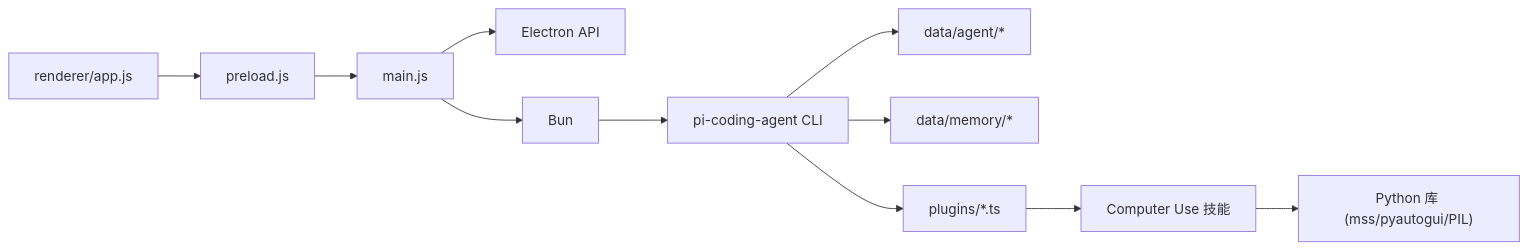
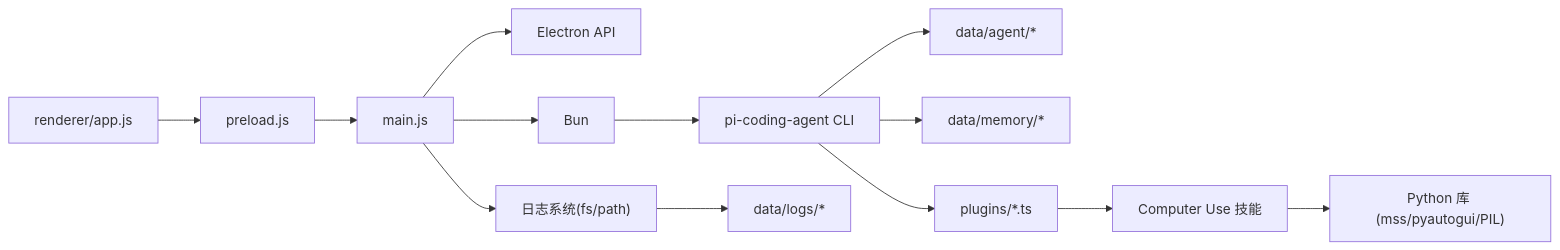
One commit to swond-Mao/Tiffa changed the fifth of 5 diagrams in .qoder/repowiki/zh/content/贡献指南/开发文档.md. Above: the diagram before and after it, drawn with Mermaid. The commit also changed other lines of this file and 25 other files, not shown here.

````diff
--- a/.qoder/repowiki/zh/content/贡献指南/开发文档.md
+++ b/.qoder/repowiki/zh/content/贡献指南/开发文档.md
@@ -284,13 +323,15 @@
 ```mermaid
 graph LR
 R["renderer/app.js"] --> P["preload.js"]
 P --> M["main.js"]
 M --> E["Electron API"]
 M --> B["Bun"]
 B --> C["pi-coding-agent CLI"]
 C --> D["data/agent/*"]
 C --> S["data/memory/*"]
 C --> X["plugins/*.ts"]
 X --> Y["Computer Use 技能"]
 Y --> Z["Python 库 (mss/pyautogui/PIL)"]
+M --> L["日志系统(fs/path)"]
+L --> N["data/logs/*"]
 ```
````
